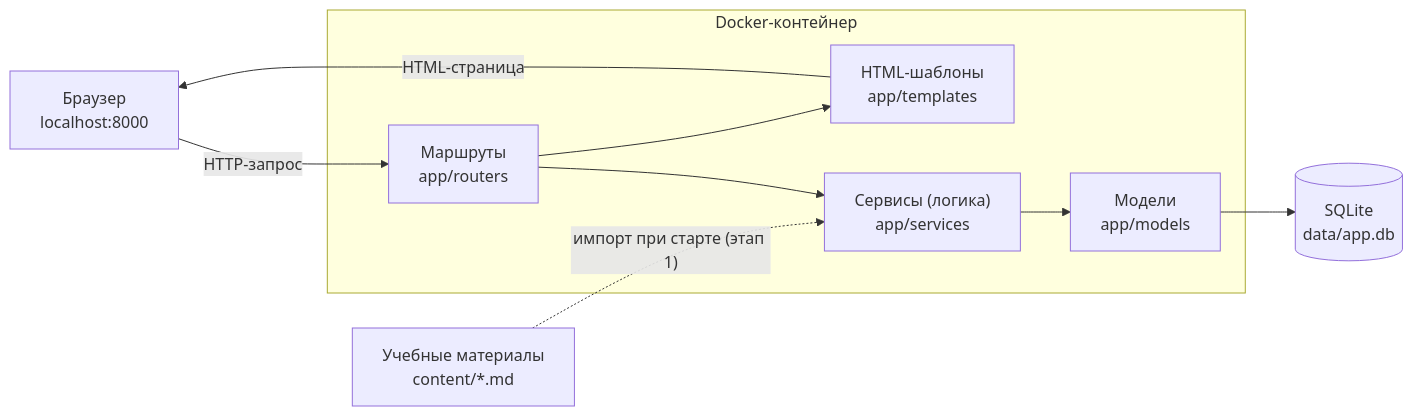
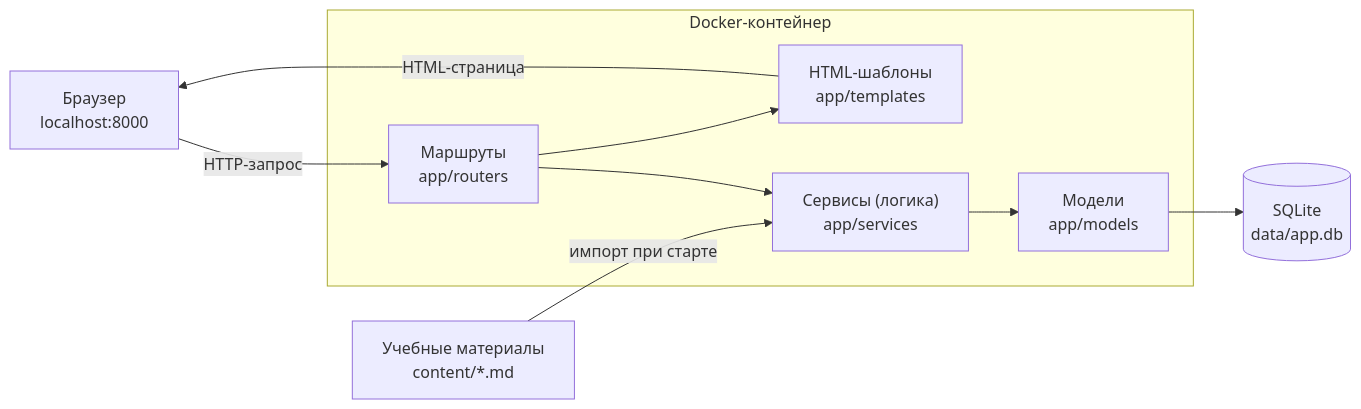
One commit to whyamone/learning-platform changed the diagram in README.md. Above: the diagram before and after it, drawn with Mermaid. The commit also changed other lines of this file and 46 other files, not shown here.

First line of the commit message:
Этап 1: дорожная карта и импорт материалов

````diff
--- a/README.md
+++ b/README.md
@@ -142,22 +236,22 @@
 ```mermaid
 flowchart LR
     browser["Браузер<br/>localhost:8000"]
 
     subgraph container["Docker-контейнер"]
         routers["Маршруты<br/>app/routers"]
         services["Сервисы (логика)<br/>app/services"]
         templates["HTML-шаблоны<br/>app/templates"]
         models["Модели<br/>app/models"]
     end
 
     db[("SQLite<br/>data/app.db")]
     content["Учебные материалы<br/>content/*.md"]
 
     browser -- "HTTP-запрос" --> routers
     routers --> services
     routers --> templates
     templates -- "HTML-страница" --> browser
     services --> models
     models --> db
-    content -. "импорт при старте (этап 1)" .-> services
+    content -- "импорт при старте" --> services
 ```
````
